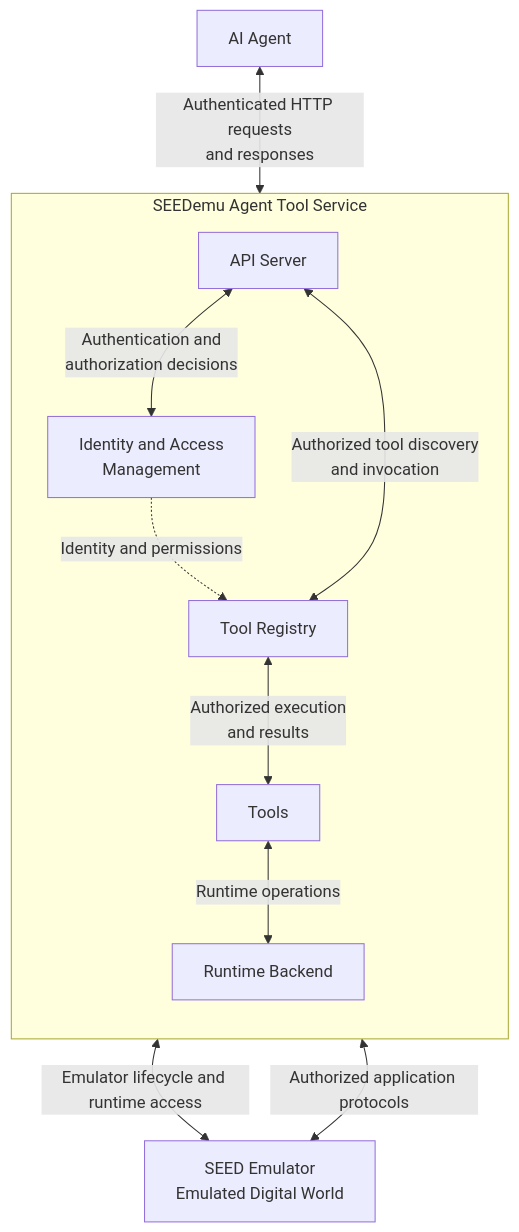
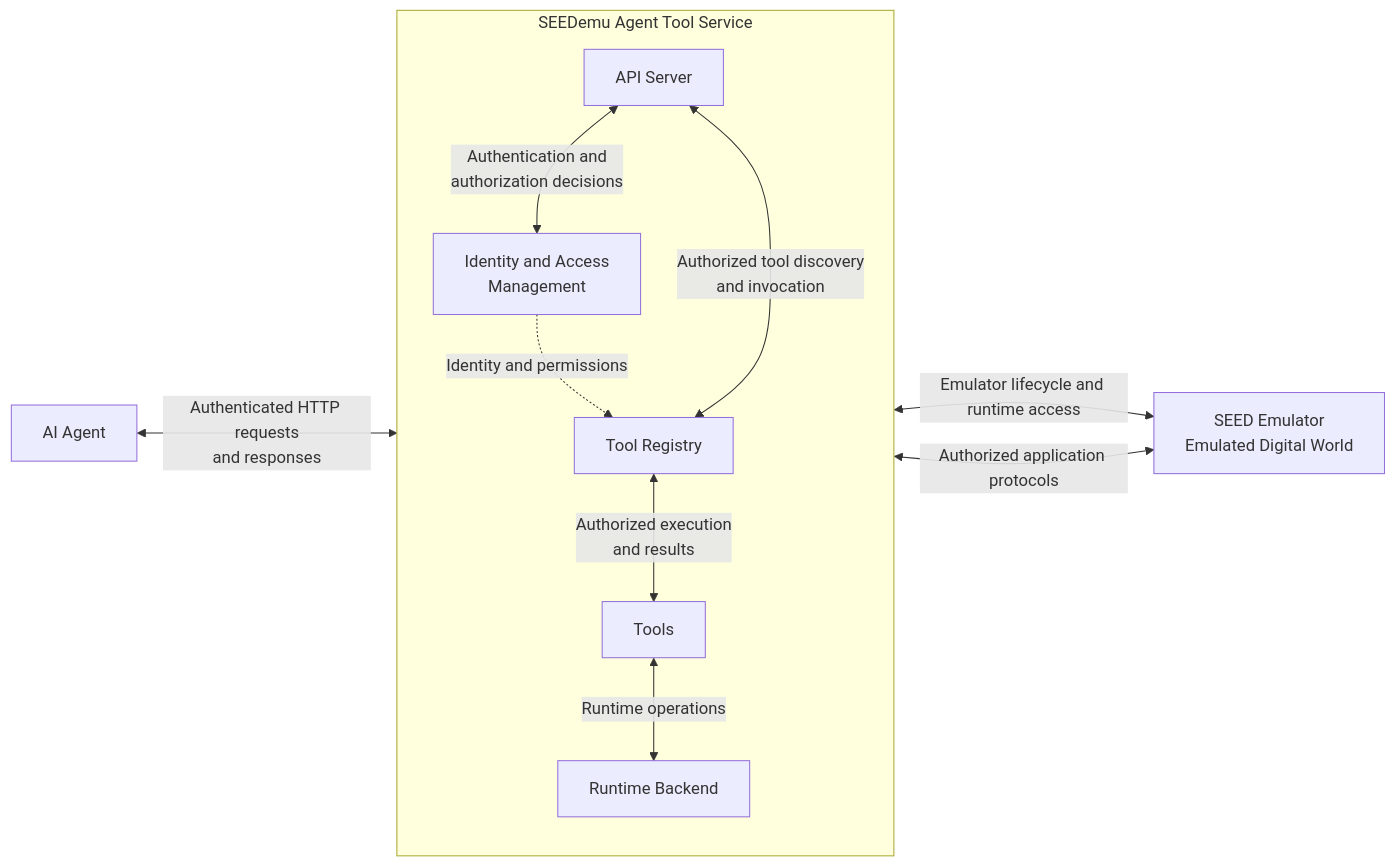
Before and after one commit to hhy123415/seedemu-agent-tools: the diagram in docs/tool-service/design.md, drawn with Mermaid.

````diff
--- a/docs/tool-service/design.md
+++ b/docs/tool-service/design.md
@@ -11,25 +11,25 @@
 ```mermaid
-flowchart TB
+flowchart LR
     Agent[AI Agent]
 
     subgraph Host["SEEDemu Agent Tool Service "]
         direction TB
 
         API[API Server]
         IAM[Identity and Access<br/>Management]
         Registry[Tool Registry]
         Tools[Tools]
         Backend[Runtime Backend]
 
         API <-->|Authentication and<br/>authorization decisions| IAM
         IAM -.->|Identity and permissions| Registry
         API <-->|Authorized tool discovery<br/>and invocation| Registry
         Registry <-->|Authorized execution<br/>and results| Tools
         Tools <-->|Runtime operations| Backend
     end
     Emulator[SEED Emulator<br/>Emulated Digital World]
 
     Agent <-->|Authenticated HTTP requests<br/>and responses| API
     Backend <-->|Emulator lifecycle and runtime access| Emulator
     Tools <-->|Authorized application protocols| Emulator
 ```
````
